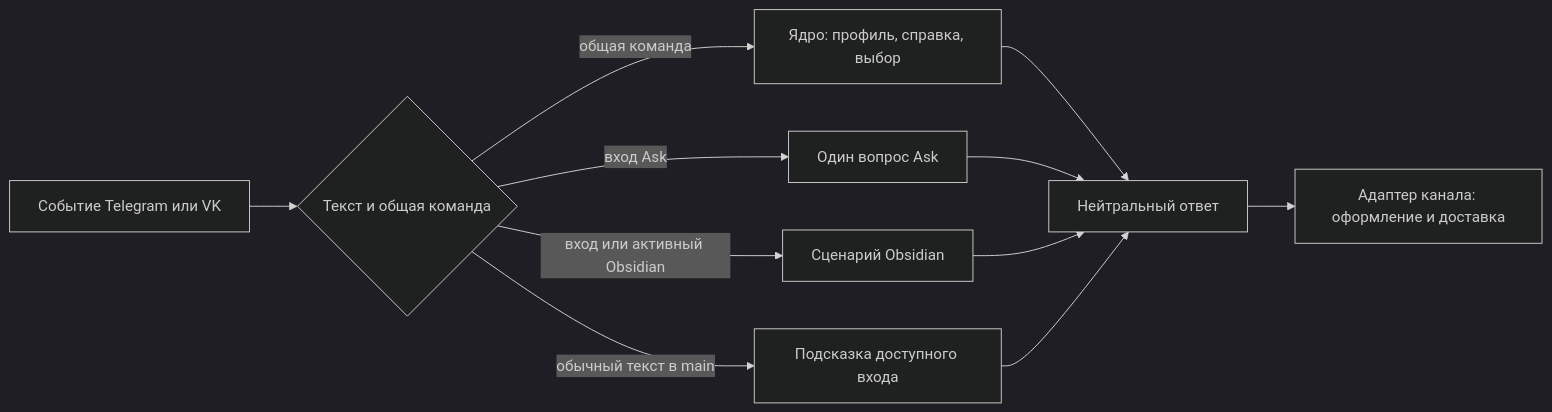
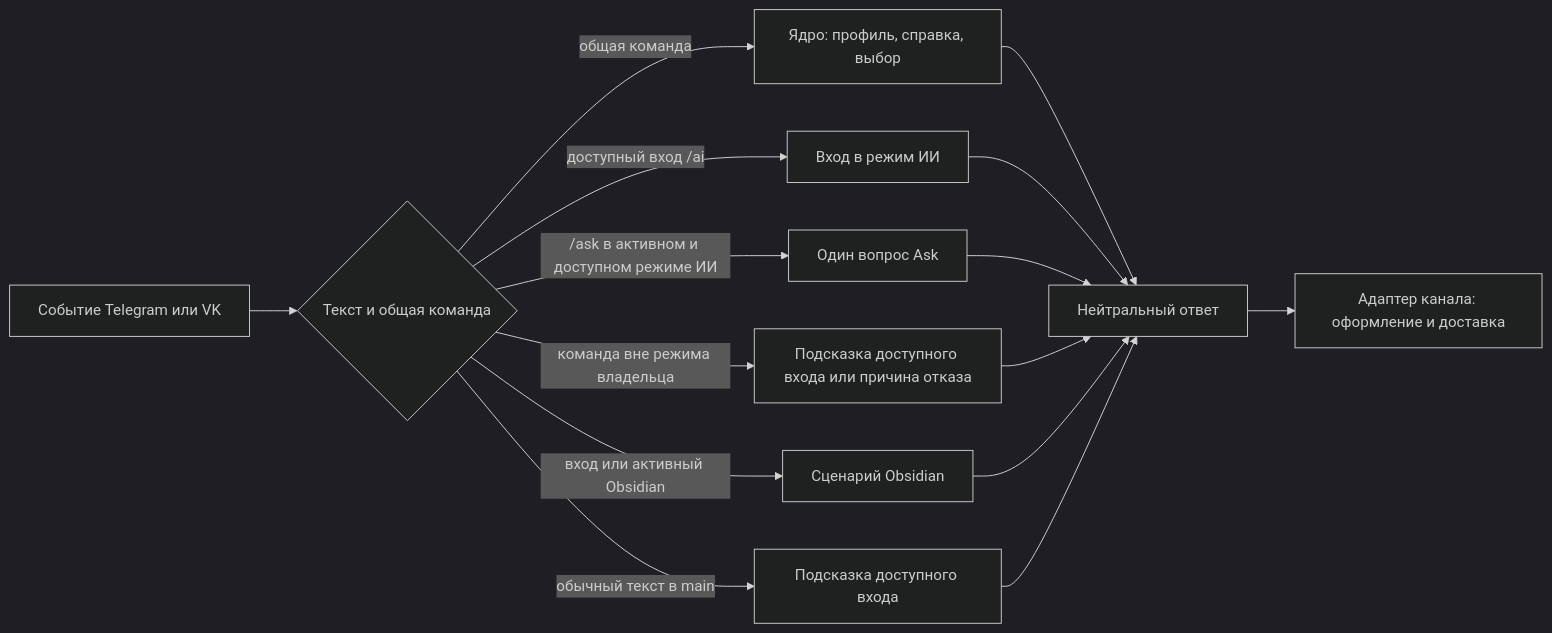
Before and after one commit to karateka-git/compadre-assistant: the diagram in docs/USER_MESSAGES.md, drawn with Mermaid (dark theme). The commit also changed other lines of this file and 8 other files, not shown here.

````diff
--- a/docs/USER_MESSAGES.md
+++ b/docs/USER_MESSAGES.md
@@ -18,13 +18,17 @@
 ```mermaid
 flowchart LR
     A[Событие Telegram или VK] --> B{Текст и общая команда}
     B -->|общая команда| C[Ядро: профиль, справка, выбор]
-    B -->|вход Ask| D[Один вопрос Ask]
+    B -->|доступный вход /ai| D[Вход в режим ИИ]
+    B -->|/ask в активном и доступном режиме ИИ| I[Один вопрос Ask]
+    B -->|команда вне режима владельца| J[Подсказка доступного входа или причина отказа]
     B -->|вход или активный Obsidian| E[Сценарий Obsidian]
     B -->|обычный текст в main| F[Подсказка доступного входа]
     C --> G[Нейтральный ответ]
     D --> G
+    I --> G
+    J --> G
     E --> G
     F --> G
     G --> H[Адаптер канала: оформление и доставка]
 ```
````
